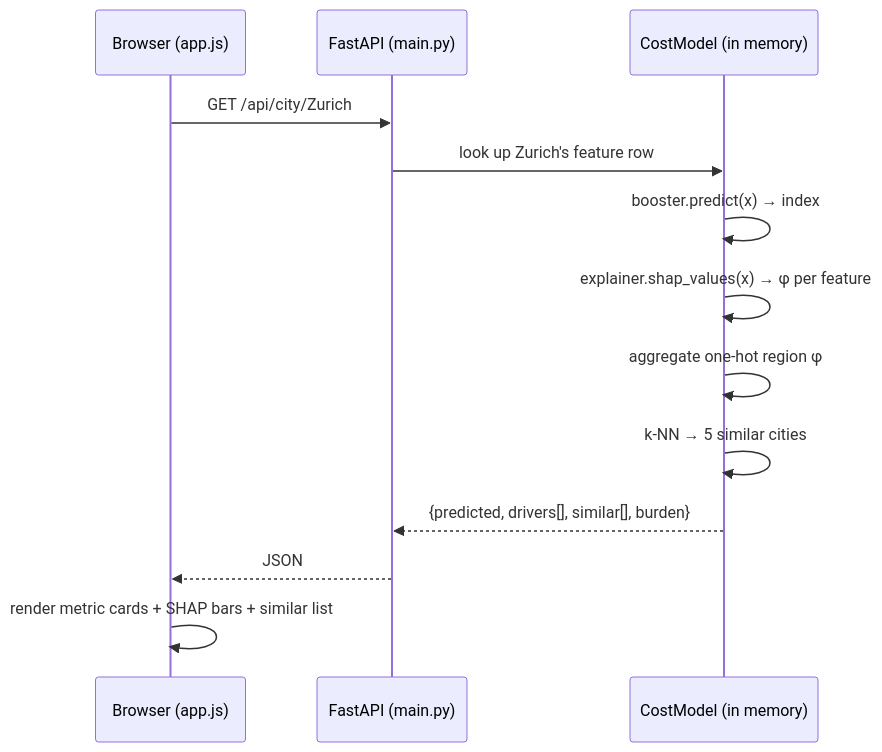
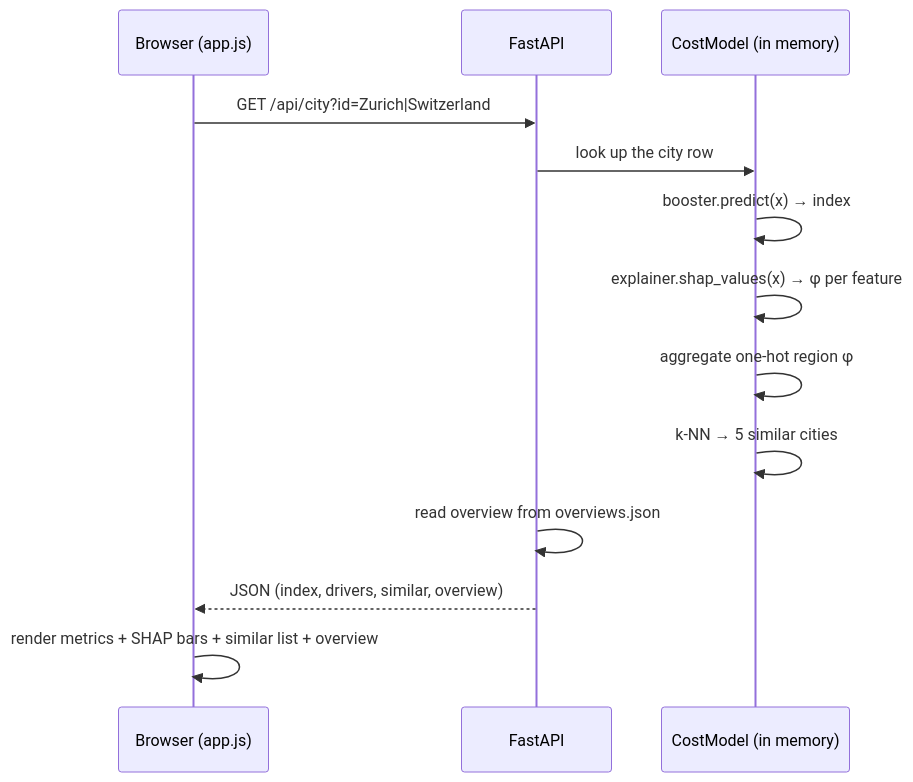
Before and after one commit to tejassinghbhati/COLE: the seventh of 7 diagrams in docs/HOW_IT_WORKS.md, drawn with Mermaid. The commit also changed other lines of this file and 1 other file, not shown here.

Commit message:
Update docs for real Numbeo data, New Delhi baseline and LLM overviews

````diff
--- a/docs/HOW_IT_WORKS.md
+++ b/docs/HOW_IT_WORKS.md
@@ -468,16 +406,16 @@
 ```mermaid
 sequenceDiagram
     participant U as Browser (app.js)
-    participant API as FastAPI (main.py)
+    participant API as FastAPI
     participant CM as CostModel (in memory)
 
-    U->>API: GET /api/city/Zurich
-    API->>CM: look up Zurich's feature row
+    U->>API: GET /api/city?id=Zurich|Switzerland
+    API->>CM: look up the city row
     CM->>CM: booster.predict(x) → index
     CM->>CM: explainer.shap_values(x) → φ per feature
     CM->>CM: aggregate one-hot region φ
     CM->>CM: k-NN → 5 similar cities
-    CM-->>API: {predicted, drivers[], similar[], burden}
-    API-->>U: JSON
-    U->>U: render metric cards + SHAP bars + similar list
+    API->>API: read overview from overviews.json
+    API-->>U: JSON (index, drivers, similar, overview)
+    U->>U: render metrics + SHAP bars + similar list + overview
 ```
````
